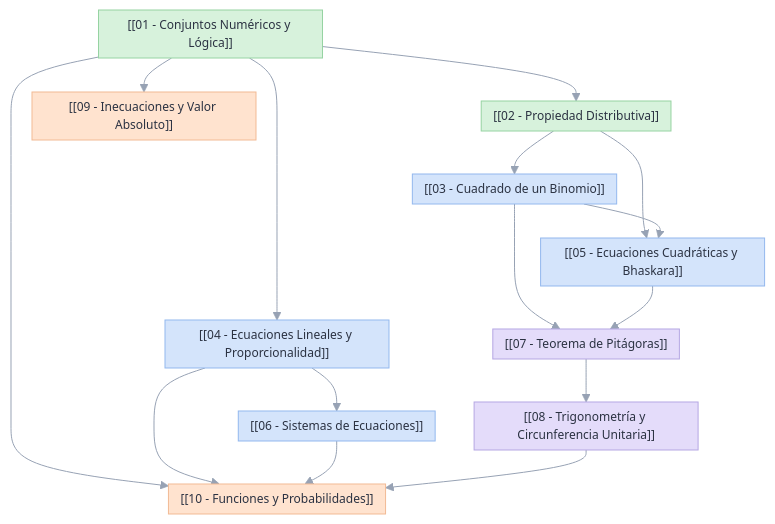
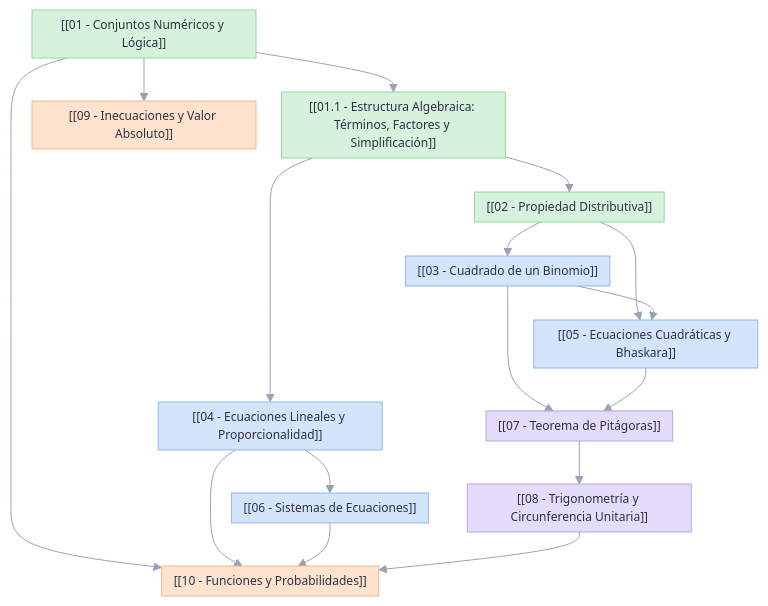
The diagram in 00-indice-maestro.md (Derszi65g/KOM), drawn with Mermaid before and after one commit. The commit also changed other lines of this file and 8 other files, not shown here.

Commit message:
feat: agregar nota 01.1 sobre estructura algebraica, factores, simplificacion y cancelacion

````diff
--- a/00-indice-maestro.md
+++ b/00-indice-maestro.md
@@ -15,34 +15,36 @@
 ```mermaid
 %%{init: {"theme": "base", "themeVariables": {"background": "transparent", "primaryTextColor": "#2b3242", "fontSize": "12px", "lineColor": "#97a2b4"}, "flowchart": {"nodeSpacing": 22, "rankSpacing": 34, "padding": 6}}}%%
 graph TD
-    N01["[[01 - Conjuntos Numéricos y Lógica]]"] --> N02["[[02 - Propiedad Distributiva]]"]
-    N01 --> N04["[[04 - Ecuaciones Lineales y Proporcionalidad]]"]
+    N01["[[01 - Conjuntos Numéricos y Lógica]]"] --> N01_1["[[01.1 - Estructura Algebraica: Términos, Factores y Simplificación]]"]
     N01 --> N09["[[09 - Inecuaciones y Valor Absoluto]]"]
     N01 --> N10["[[10 - Funciones y Probabilidades]]"]
+    
+    N01_1 --> N02["[[02 - Propiedad Distributiva]]"]
+    N01_1 --> N04["[[04 - Ecuaciones Lineales y Proporcionalidad]]"]
     
     N02 --> N03["[[03 - Cuadrado de un Binomio]]"]
     N02 --> N05["[[05 - Ecuaciones Cuadráticas y Bhaskara]]"]
     
     N03 --> N05
     N03 --> N07["[[07 - Teorema de Pitágoras]]"]
     
     N04 --> N06["[[06 - Sistemas de Ecuaciones]]"]
     N04 --> N10
     
     N05 --> N07
     
     N07 --> N08["[[08 - Trigonometría y Circunferencia Unitaria]]"]
     
     N06 --> N10
     N08 --> N10
 
     classDef bases fill:#d7f2dc,stroke:#96d3a2,color:#2b3242
     classDef algebra fill:#d4e4fb,stroke:#93b8ee,color:#2b3242
     classDef geometria fill:#e4dcfa,stroke:#b5a7e3,color:#2b3242
     classDef avanzado fill:#ffe3cf,stroke:#f2ba94,color:#2b3242
 
-    class N01,N02 bases
+    class N01,N01_1,N02 bases
     class N03,N04,N05,N06 algebra
     class N07,N08 geometria
     class N09,N10 avanzado
 ```
````
